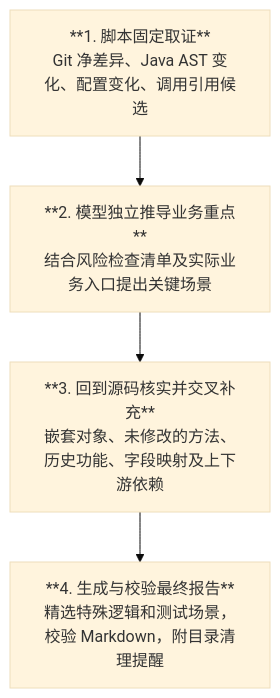
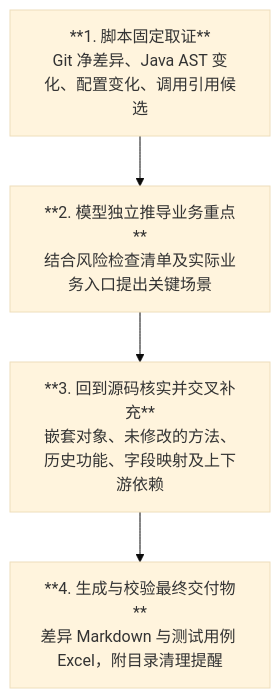
The diagram in diff-list/README.md (lalala8462/skills), drawn with Mermaid (base theme) before and after one commit. The commit also changed other lines of this file and 5 other files, not shown here.

Commit message:
feat(diff-list): add standalone five-column Excel case export and remove duplicated Markdown test cases

````diff
--- a/diff-list/README.md
+++ b/diff-list/README.md
@@ -7,8 +7,8 @@
 ```mermaid
 flowchart TD
     A["**1. 脚本固定取证**<br/>Git 净差异、Java AST 变化、配置变化、调用引用候选"]
     B["**2. 模型独立推导业务重点**<br/>结合风险检查清单及实际业务入口提出关键场景"]
     C["**3. 回到源码核实并交叉补充**<br/>嵌套对象、未修改的方法、历史功能、字段映射及上下游依赖"]
-    D["**4. 生成与校验最终报告**<br/>精选特殊逻辑和测试场景，校验 Markdown，附目录清理提醒"]
+    D["**4. 生成与校验最终交付物**<br/>差异 Markdown 与测试用例 Excel，附目录清理提醒"]
     A --> B --> C --> D
 ```
````
